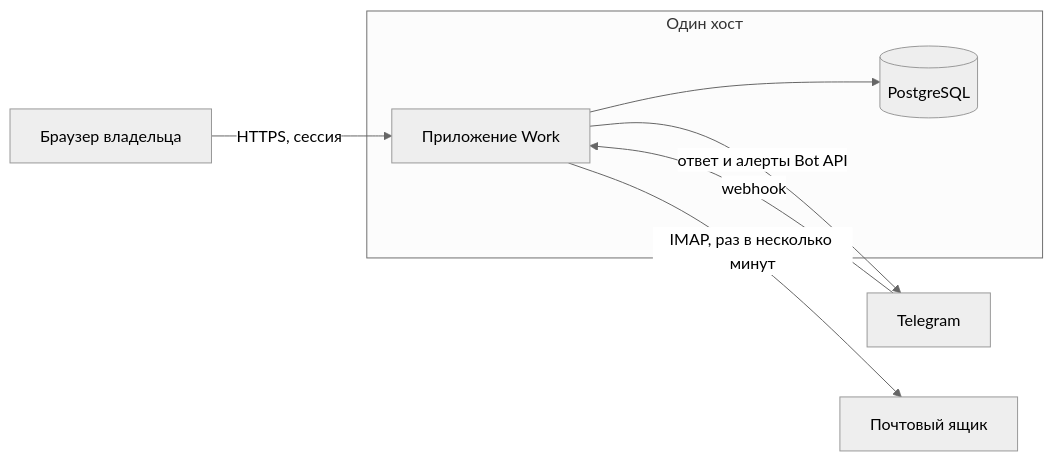
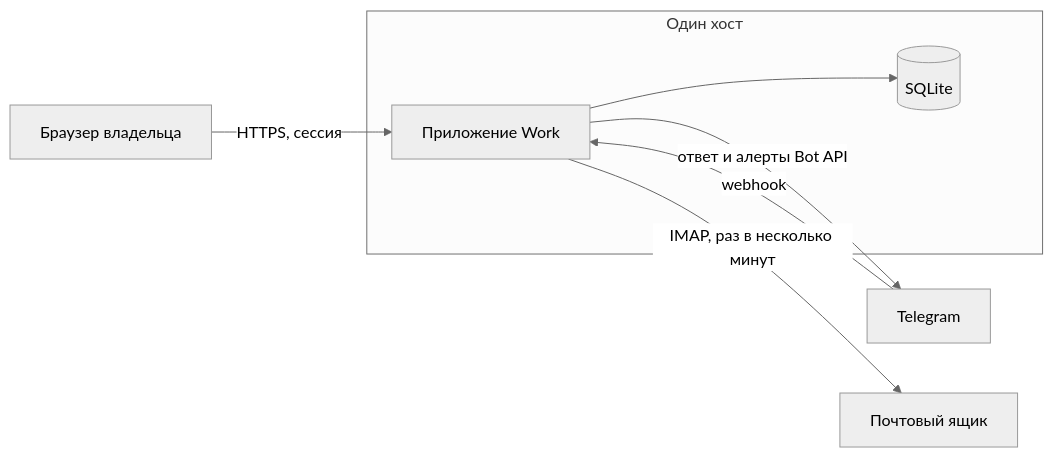
One commit to kkokurin799/Work changed the first of 3 diagrams in docs/ARCHITECTURE.md. Above: the diagram before and after it, drawn with Mermaid (neutral theme). The commit also changed other lines of this file and 20 other files, not shown here.

````diff
--- a/docs/ARCHITECTURE.md
+++ b/docs/ARCHITECTURE.md
@@ -13,17 +13,17 @@
 ```mermaid
 flowchart LR
   browser["Браузер владельца"]
   telegram["Telegram"]
   mailbox["Почтовый ящик"]
 
   subgraph host["Один хост"]
     app["Приложение Work"]
-    db[("PostgreSQL")]
+    db[("SQLite")]
   end
 
   browser -->|"HTTPS, сессия"| app
   telegram -->|"webhook"| app
   app -->|"ответ и алерты Bot API"| telegram
   app -->|"IMAP, раз в несколько минут"| mailbox
   app --> db
 ```
````
